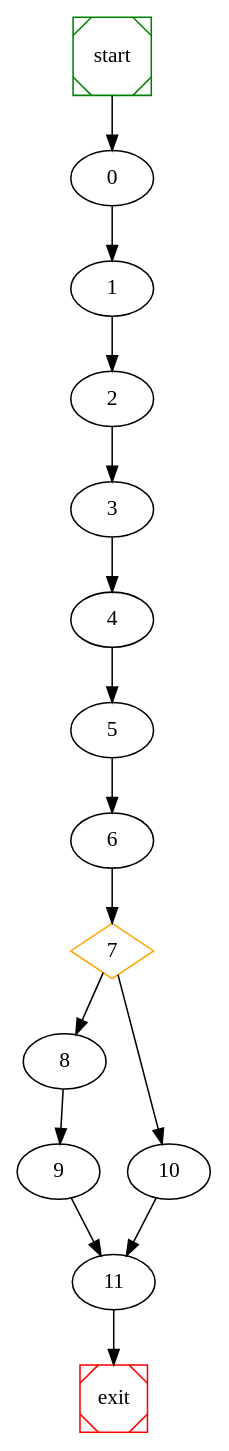
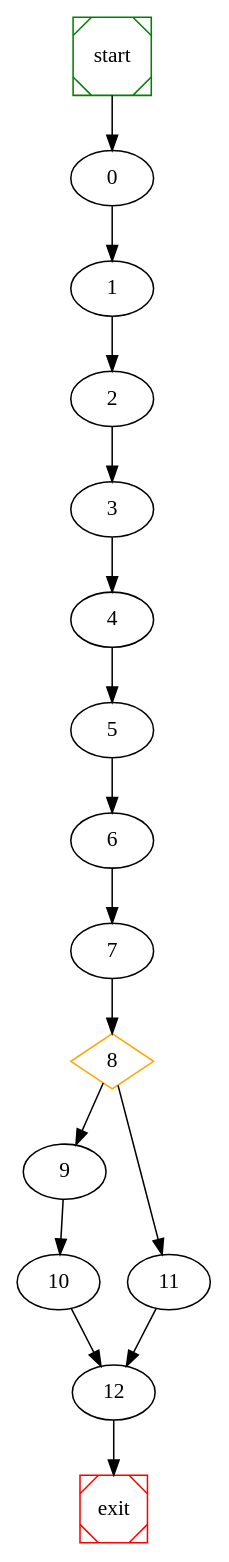
The diagram in cnf/raw_graph.dot (NabeelQaiser/BTP_2k18-19), drawn with Graphviz before and after one commit. The commit also changed 3 other files, not shown here.

```diff
--- a/cnf/raw_graph.dot
+++ b/cnf/raw_graph.dot
@@ -1,22 +1,23 @@
 # dot file created at runtime
 
 digraph G {
 	start -> 0;
 	0 -> 1 ;
 	1 -> 2 ;
 	2 -> 3 ;
 	3 -> 4 ;
 	4 -> 5 ;
 	5 -> 6 ;
-	7 [shape=diamond, color=orange] ;
+	6 -> 7 ;
+	8 [shape=diamond, color=orange] ;
+	9 -> 10 ;
 	8 -> 9 ;
+	8 -> 11 ;
 	7 -> 8 ;
-	7 -> 10 ;
-	6 -> 7 ;
-	10 -> 11 ;
-	9 -> 11 ;
-	11 -> exit;
+	10 -> 12 ;
+	11 -> 12 ;
+	12 -> exit;
 
 	start [shape=Msquare, color=green];
 	exit [shape=Msquare, color=red];
 }
```
